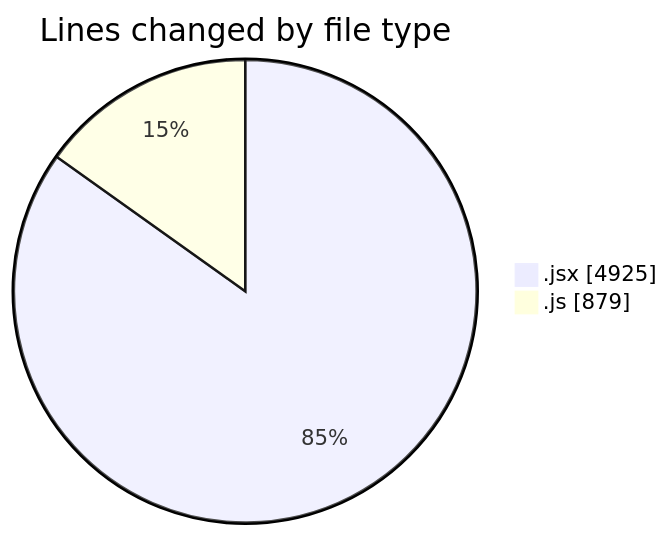
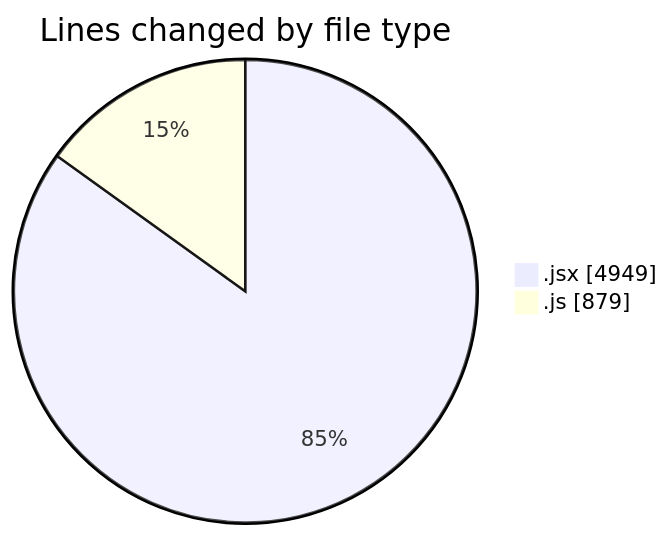
One commit to nxtqubesakshisongat/code-tracking changed the first of 2 diagrams in 2025-07-21/nxtqube_webapp/README.md. Above: the diagram before and after it, drawn with Mermaid. The commit also changed other lines of this file and 1 other file, not shown here.

````diff
--- a/2025-07-21/nxtqube_webapp/README.md
+++ b/2025-07-21/nxtqube_webapp/README.md
@@ -28,6 +28,6 @@
 ```mermaid
 pie showData
 title Lines changed by file type
-".jsx" : 4925
+".jsx" : 4949
 ".js" : 879
 ```
````
